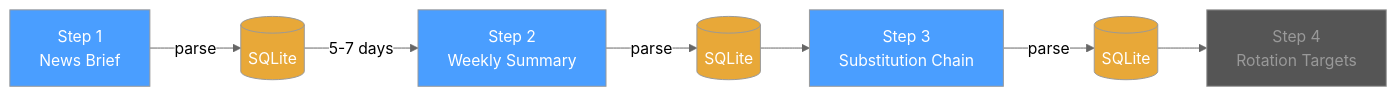
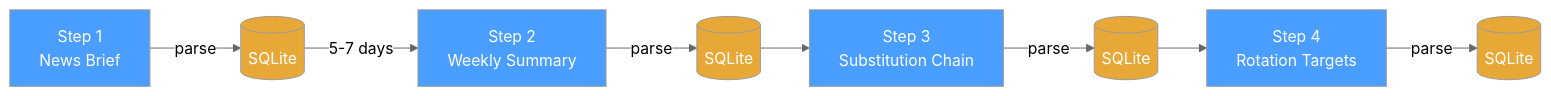
One commit to Muhomorik/KanelBulleKapital changed the first of 2 diagrams in FikaForecast/README.md. Above: the diagram before and after it, drawn with Mermaid (neutral theme). The commit also changed other lines of this file and 31 other files, not shown here.

````diff
--- a/FikaForecast/README.md
+++ b/FikaForecast/README.md
@@ -81,17 +81,19 @@
 ```mermaid
 flowchart LR
     S1[Step 1\nNews Brief] -->|parse| DB1[(SQLite)]
     DB1 -->|5-7 days| S2[Step 2\nWeekly Summary]
     S2 -->|parse| DB2[(SQLite)]
     DB2 --> S3[Step 3\nSubstitution Chain]
     S3 -->|parse| DB3[(SQLite)]
     DB3 --> S4[Step 4\nRotation Targets]
+    S4 -->|parse| DB4[(SQLite)]
 
     style S1 fill:#4a9eff,color:#fff
     style S2 fill:#4a9eff,color:#fff
     style S3 fill:#4a9eff,color:#fff
-    style S4 fill:#555,color:#999
+    style S4 fill:#4a9eff,color:#fff
+    style DB4 fill:#e8a838,color:#fff
     style DB1 fill:#e8a838,color:#fff
     style DB2 fill:#e8a838,color:#fff
     style DB3 fill:#e8a838,color:#fff
 ```
````
